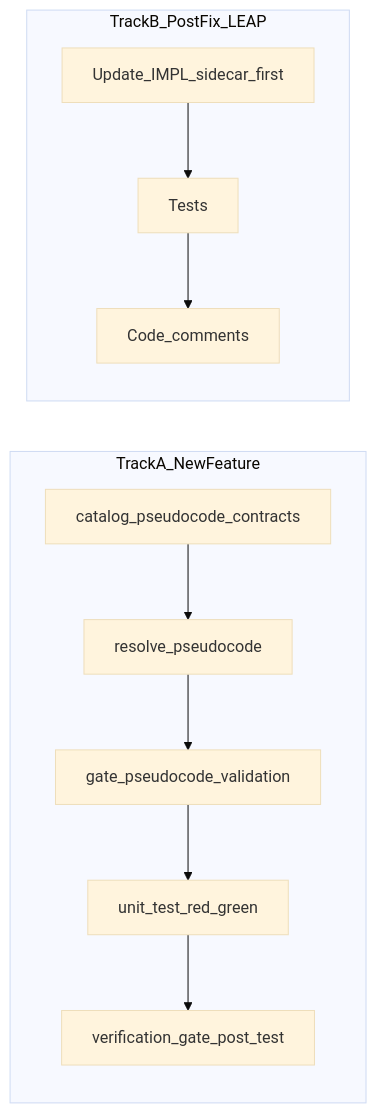
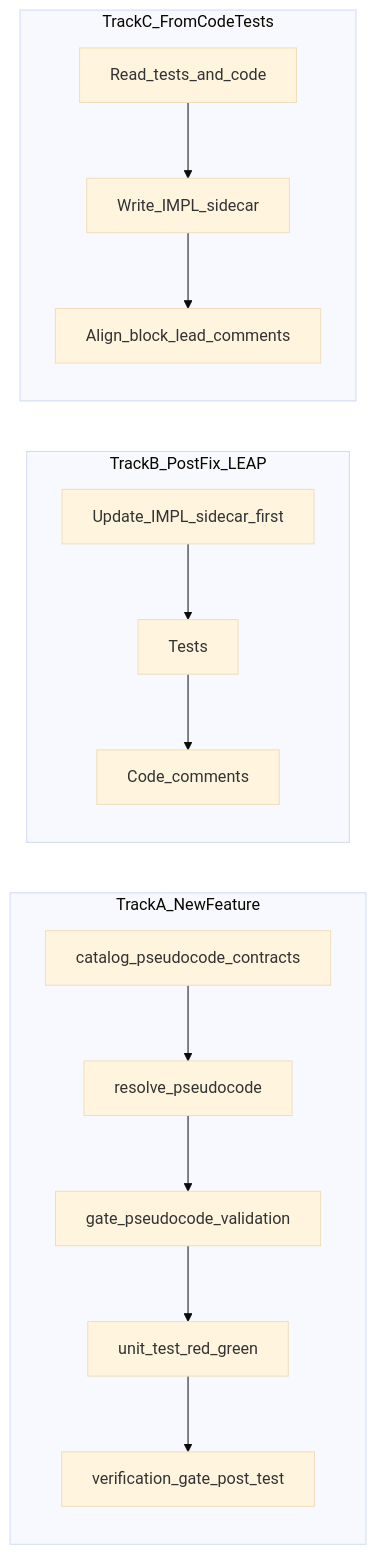
One commit to fareedst/tied changed the first of 3 diagrams in tied/docs/pseudocode-writing-and-validation.md. Above: the diagram before and after it, drawn with Mermaid (base theme). The commit also changed other lines of this file and 103 other files, not shown here.

````diff
--- a/tied/docs/pseudocode-writing-and-validation.md
+++ b/tied/docs/pseudocode-writing-and-validation.md
@@ -47,17 +47,23 @@
 ```mermaid
 flowchart LR
   subgraph featureTrack [TrackA_NewFeature]
     CP[catalog_pseudocode_contracts]
     RP[resolve_pseudocode]
     GV[gate_pseudocode_validation]
     UR[unit_test_red_green]
     VG[verification_gate_post_test]
     CP --> RP --> GV --> UR --> VG
   end
   subgraph fixTrack [TrackB_PostFix_LEAP]
     IMPL[Update_IMPL_sidecar_first]
     T[Tests]
     C[Code_comments]
     IMPL --> T --> C
   end
+  subgraph retrofitTrack [TrackC_FromCodeTests]
+    EV[Read_tests_and_code]
+    W[Write_IMPL_sidecar]
+    AL[Align_block_lead_comments]
+    EV --> W --> AL
+  end
 ```
````
